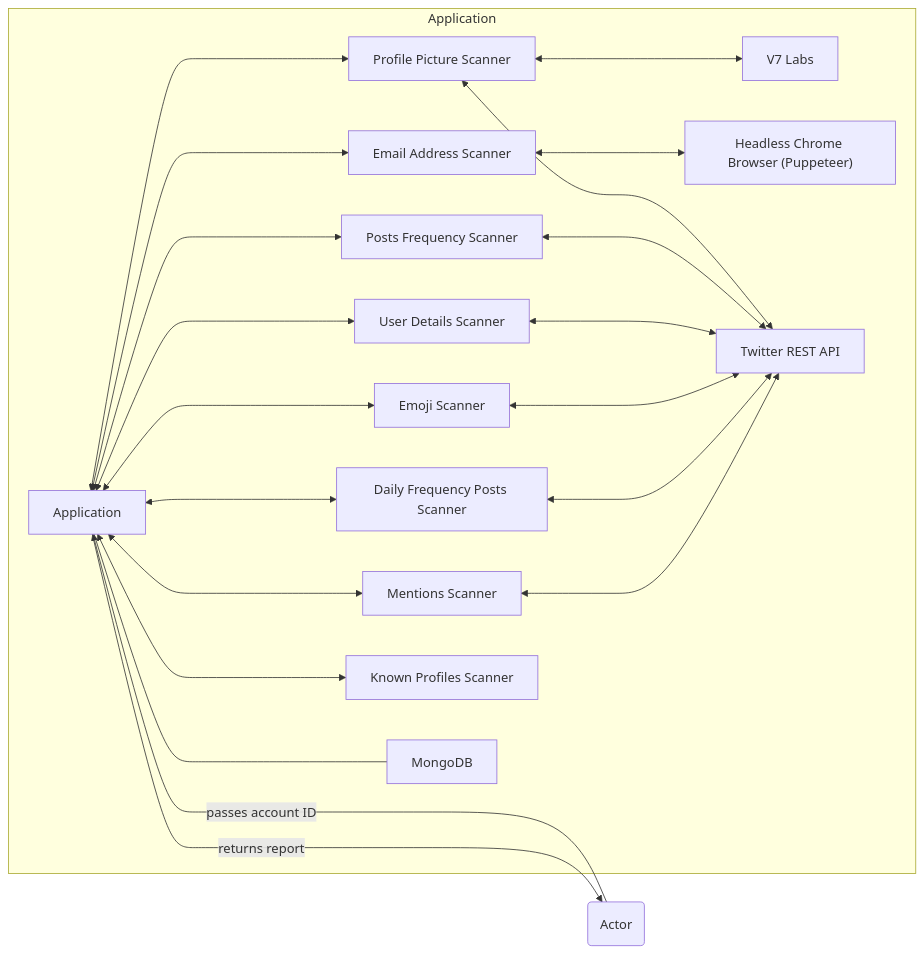
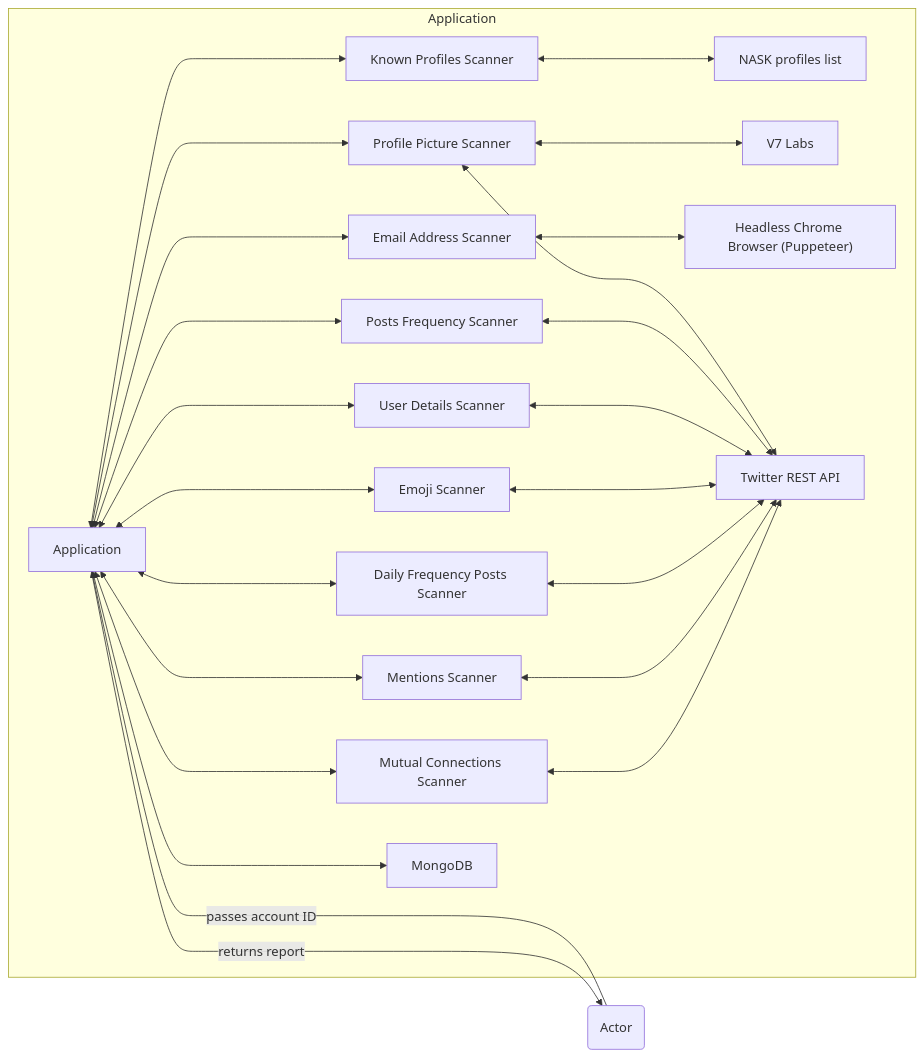
Before and after one commit to elszczepano/master-thesis-automation: the first of 2 diagrams in README.md, drawn with Mermaid.

Commit message:
Improve app diagram

````diff
--- a/README.md
+++ b/README.md
@@ -24,24 +24,27 @@
 ```mermaid
 flowchart RL
     A(Actor) -- passes account ID ----> B[Application]
     B -- returns report --> A
     subgraph Application
         C[Profile Picture Scanner] <---> B
         E[Posts Frequency Scanner] <---> B
         F[User Details Scanner] <---> B
         G[Emoji Scanner] <---> B
         K[Daily Frequency Posts Scanner]  <---> B
         L[Mentions Scanner]  <---> B
         D[Email Address Scanner] <---> B
         N[Known Profiles Scanner] <---> B
-        M[MongoDB] <--- B
+        O[NASK profiles list] <---> N
+        P[Mutual Connections Scanner] <---> B
+        M[MongoDB] <---> B
         H[V7 Labs] <---> C
         I["Headless Chrome Browser (Puppeteer)"] <---> D
         J[Twitter REST API] <---> C
         J <---> E
         J <---> F
         J <---> G
         J <---> K
         J <---> L
+        J <---> P
     end
 ```
````
